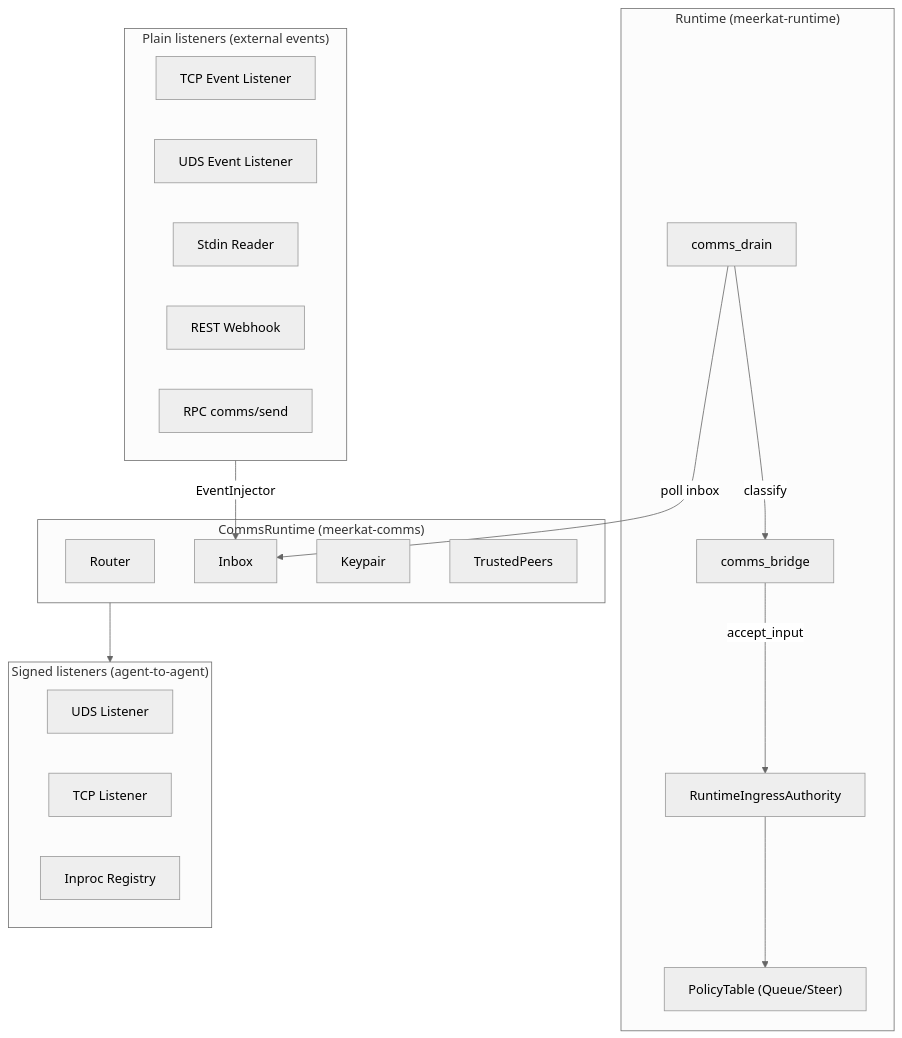
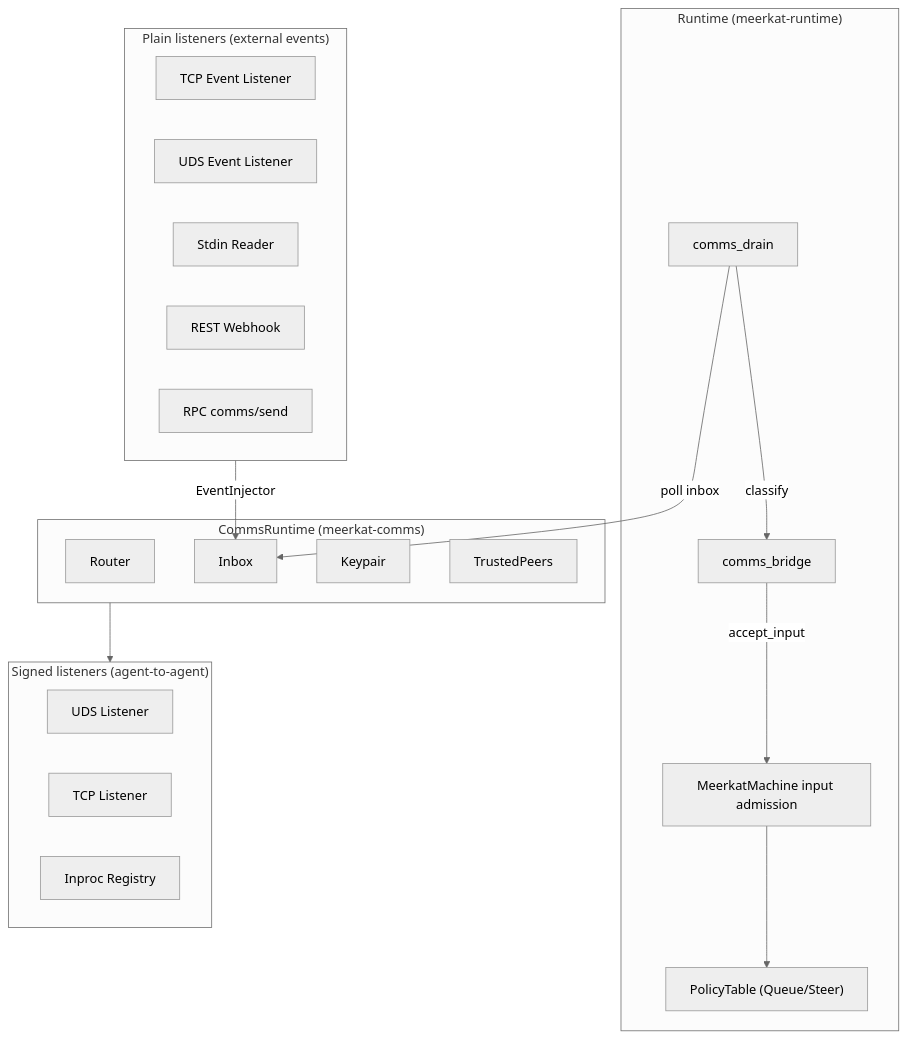
One commit to carenic/meerkat changed the diagram in docs/guides/comms.mdx. Above: the diagram before and after it, drawn with Mermaid (neutral theme). The commit also changed 6 other files, not shown here.

````diff
--- a/docs/guides/comms.mdx
+++ b/docs/guides/comms.mdx
@@ -41,38 +41,38 @@
 ```mermaid
 graph TD
     subgraph rt["Runtime (meerkat-runtime)"]
         DRAIN["comms_drain"]
         BRIDGE["comms_bridge"]
-        INGRESS["RuntimeIngressAuthority"]
+        INGRESS["MeerkatMachine input admission"]
         POLICY["PolicyTable (Queue/Steer)"]
     end
 
     subgraph comms["CommsRuntime (meerkat-comms)"]
         ROUTER["Router"]
         INBOX["Inbox"]
         KP["Keypair"]
         TP["TrustedPeers"]
     end
 
     DRAIN -->|"poll inbox"| INBOX
     DRAIN -->|"classify"| BRIDGE
     BRIDGE -->|"accept_input"| INGRESS
     INGRESS --> POLICY
 
     subgraph signed["Signed listeners (agent-to-agent)"]
         UDS["UDS Listener"]
         TCP["TCP Listener"]
         INPROC["Inproc Registry"]
     end
 
     subgraph plain["Plain listeners (external events)"]
         PTCP["TCP Event Listener"]
         PUDS["UDS Event Listener"]
         STDIN["Stdin Reader"]
         WEBHOOK["REST Webhook"]
         RPC_EVT["RPC comms/send"]
     end
 
     comms --> signed
     plain -->|"EventInjector"| INBOX
 ```
````
